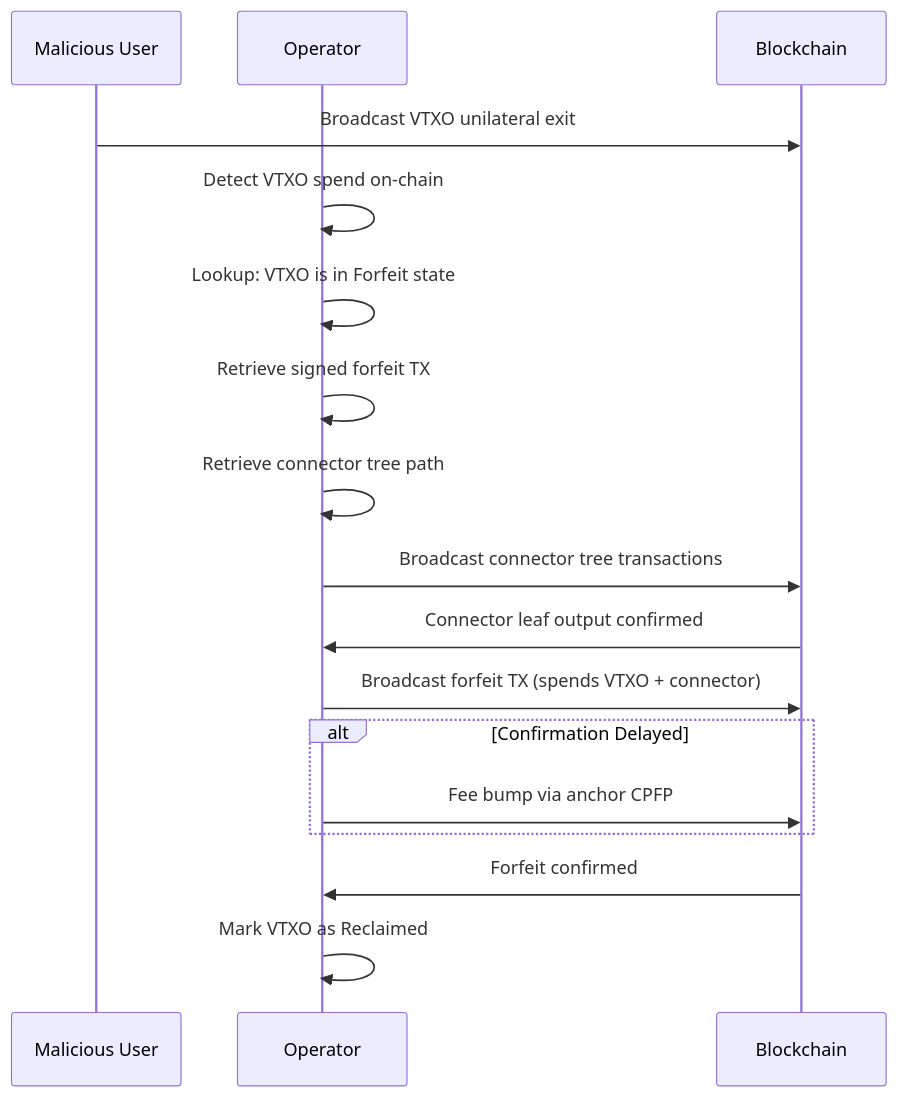
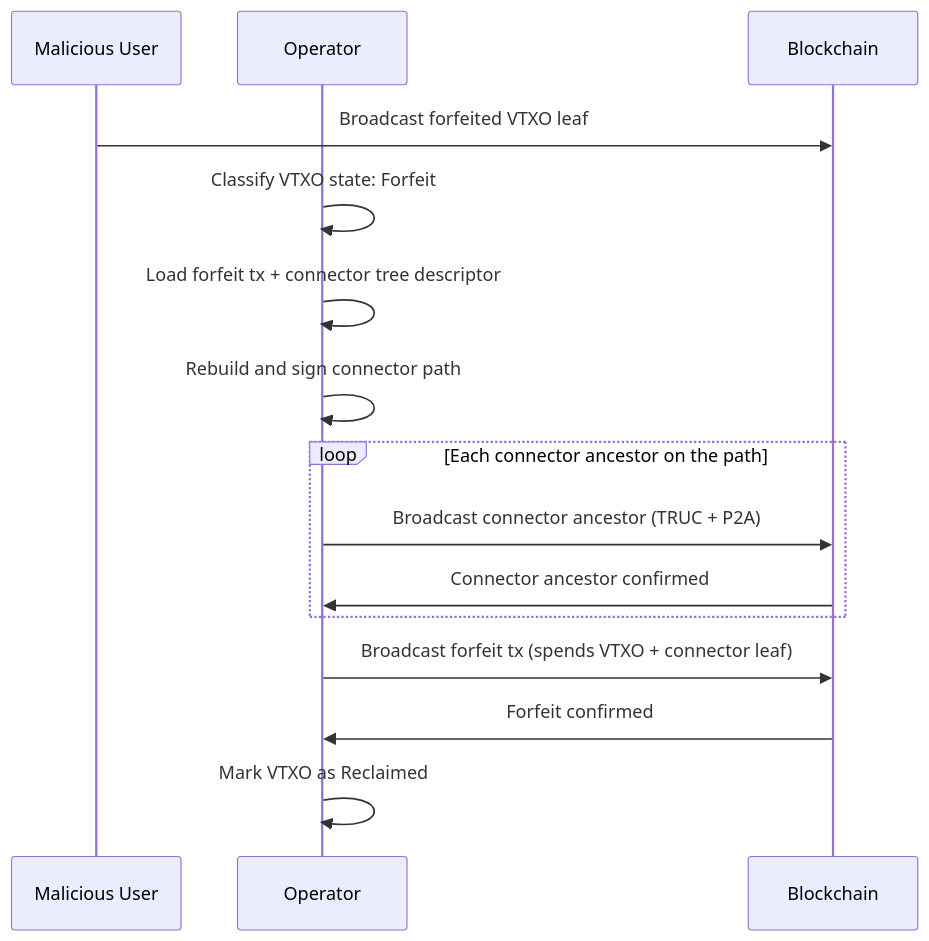
The fourth of 7 diagrams in docs/ark-specs/ARK-04-monitoring.md (lightninglabs/wavelength), drawn with Mermaid before and after one commit. The commit also changed other lines of this file, not shown here.

````diff
--- a/docs/ark-specs/ARK-04-monitoring.md
+++ b/docs/ark-specs/ARK-04-monitoring.md
@@ -413,25 +570,20 @@
 ```mermaid
 sequenceDiagram
     participant M as Malicious User
     participant O as Operator
     participant BC as Blockchain
 
-    M->>BC: Broadcast VTXO unilateral exit
+    M->>BC: Broadcast forfeited VTXO leaf
+    O->>O: Classify VTXO state: Forfeit
+    O->>O: Load forfeit tx + connector tree descriptor
+    O->>O: Rebuild and sign connector path
 
-    O->>O: Detect VTXO spend on-chain
-    O->>O: Lookup: VTXO is in Forfeit state
-    O->>O: Retrieve signed forfeit TX
-    O->>O: Retrieve connector tree path
-
-    O->>BC: Broadcast connector tree transactions
-    BC->>O: Connector leaf output confirmed
-
-    O->>BC: Broadcast forfeit TX (spends VTXO + connector)
-
-    alt Confirmation Delayed
-        O->>BC: Fee bump via anchor CPFP
+    loop Each connector ancestor on the path
+        O->>BC: Broadcast connector ancestor (TRUC + P2A)
+        BC->>O: Connector ancestor confirmed
     end
 
+    O->>BC: Broadcast forfeit tx (spends VTXO + connector leaf)
     BC->>O: Forfeit confirmed
     O->>O: Mark VTXO as Reclaimed
 ```
````
